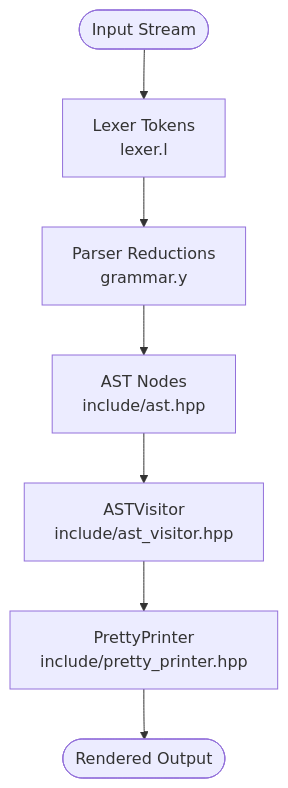
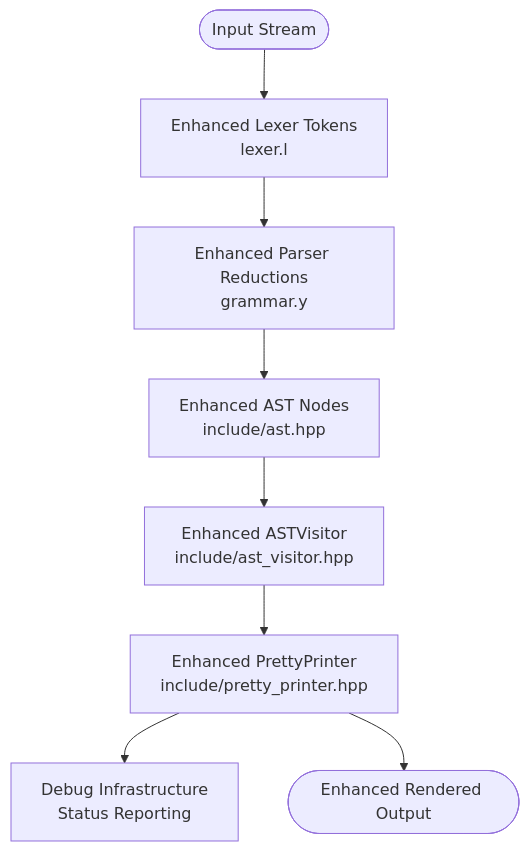
The fourth of 5 diagrams in .qoder/repowiki/en/content/Testing Framework.md (littlebirds/modern_bision), drawn with Mermaid before and after one commit. The commit also changed other lines of this file and 3 other files, not shown here.

````diff
--- a/.qoder/repowiki/en/content/Testing Framework.md
+++ b/.qoder/repowiki/en/content/Testing Framework.md
@@ -245,9 +260,10 @@
 ```mermaid
 flowchart TD
-Start(["Input Stream"]) --> Lex["Lexer Tokens<br/>lexer.l"]
-Lex --> Parse["Parser Reductions<br/>grammar.y"]
-Parse --> AST["AST Nodes<br/>include/ast.hpp"]
-AST --> Visit["ASTVisitor<br/>include/ast_visitor.hpp"]
-Visit --> Render["PrettyPrinter<br/>include/pretty_printer.hpp"]
-Render --> Result(["Rendered Output"])
+Start(["Input Stream"]) --> Lex["Enhanced Lexer Tokens<br/>lexer.l"]
+Lex --> Parse["Enhanced Parser Reductions<br/>grammar.y"]
+Parse --> AST["Enhanced AST Nodes<br/>include/ast.hpp"]
+AST --> Visit["Enhanced ASTVisitor<br/>include/ast_visitor.hpp"]
+Visit --> Render["Enhanced PrettyPrinter<br/>include/pretty_printer.hpp"]
+Render --> Debug["Debug Infrastructure<br/>Status Reporting"]
+Render --> Result(["Enhanced Rendered Output"])
 ```
````
